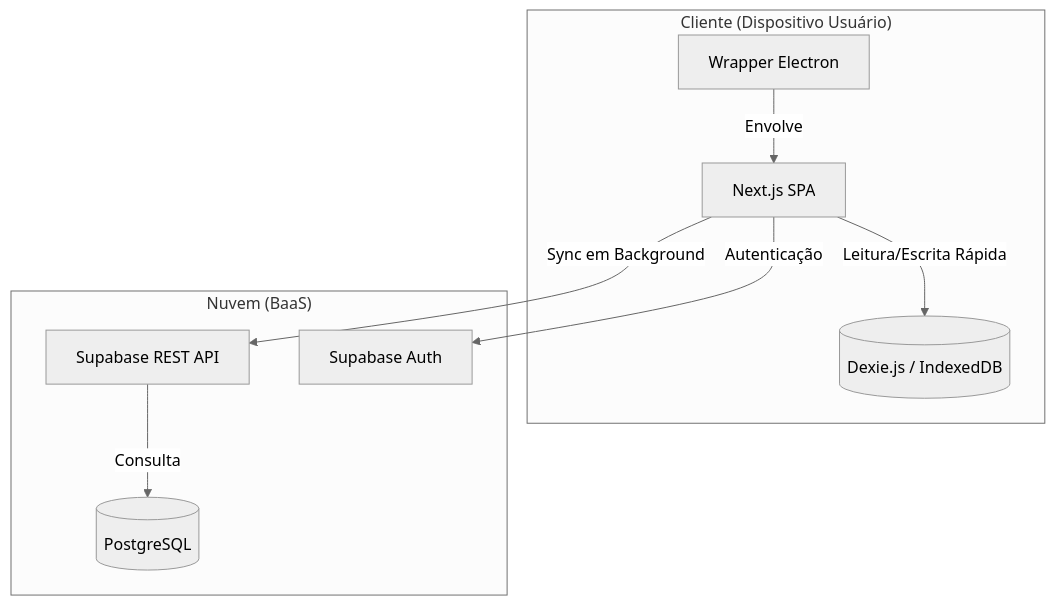
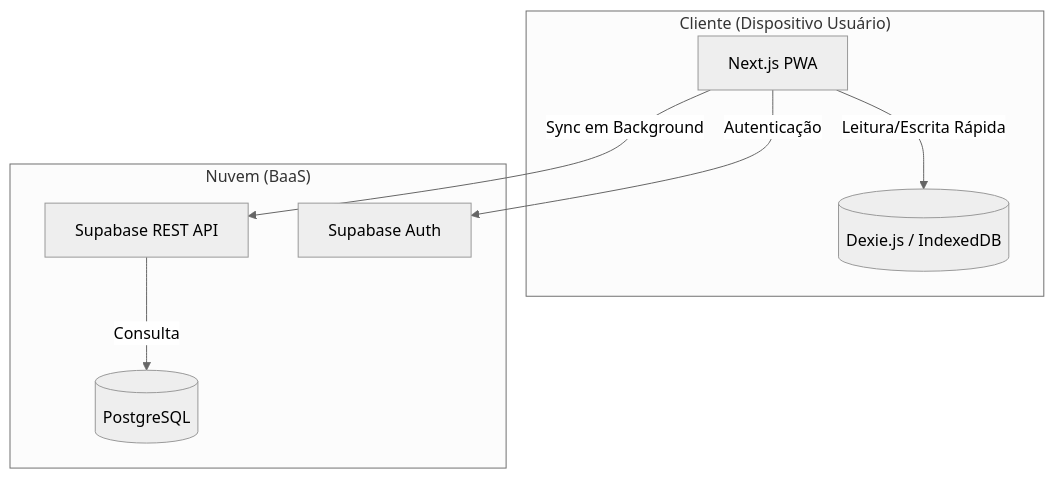
Before and after one commit to DELTA-RISE/sis-davus: the second of 2 diagrams in docs/wiki/04-System-Architecture.md, drawn with Mermaid (neutral theme). The commit also changed other lines of this file and 44 other files, not shown here.

````diff
--- a/docs/wiki/04-System-Architecture.md
+++ b/docs/wiki/04-System-Architecture.md
@@ -38,20 +38,18 @@
 ```mermaid
 graph TB
     subgraph "Cliente (Dispositivo Usuário)"
-        Electron[Wrapper Electron]
-        WebApp[Next.js SPA]
+        WebApp[Next.js PWA]
         LocalDB[(Dexie.js / IndexedDB)]
     end
     
     subgraph "Nuvem (BaaS)"
         API[Supabase REST API]
         Auth[Supabase Auth]
         RemoteDB[(PostgreSQL)]
     end
 
-    Electron -->|Envolve| WebApp
     WebApp -->|Leitura/Escrita Rápida| LocalDB
     WebApp -->|Sync em Background| API
     WebApp -->|Autenticação| Auth
     API -->|Consulta| RemoteDB
 ```
````
